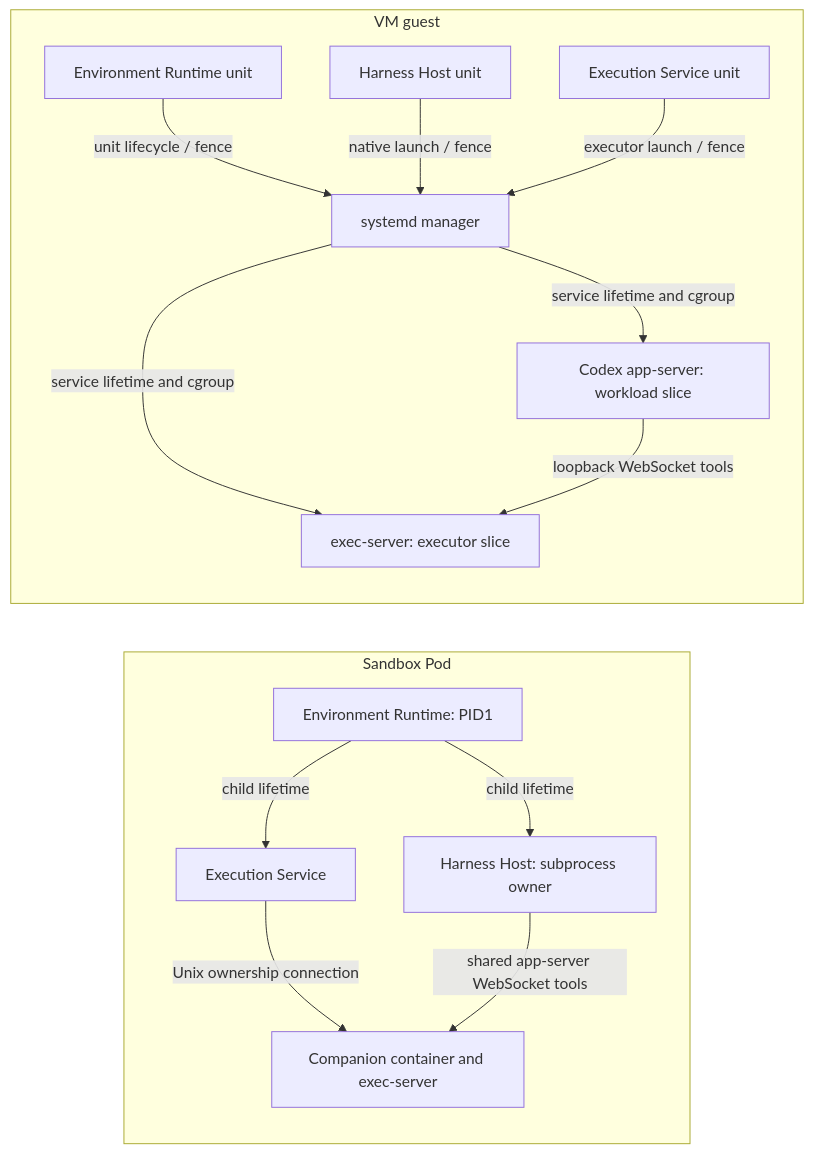
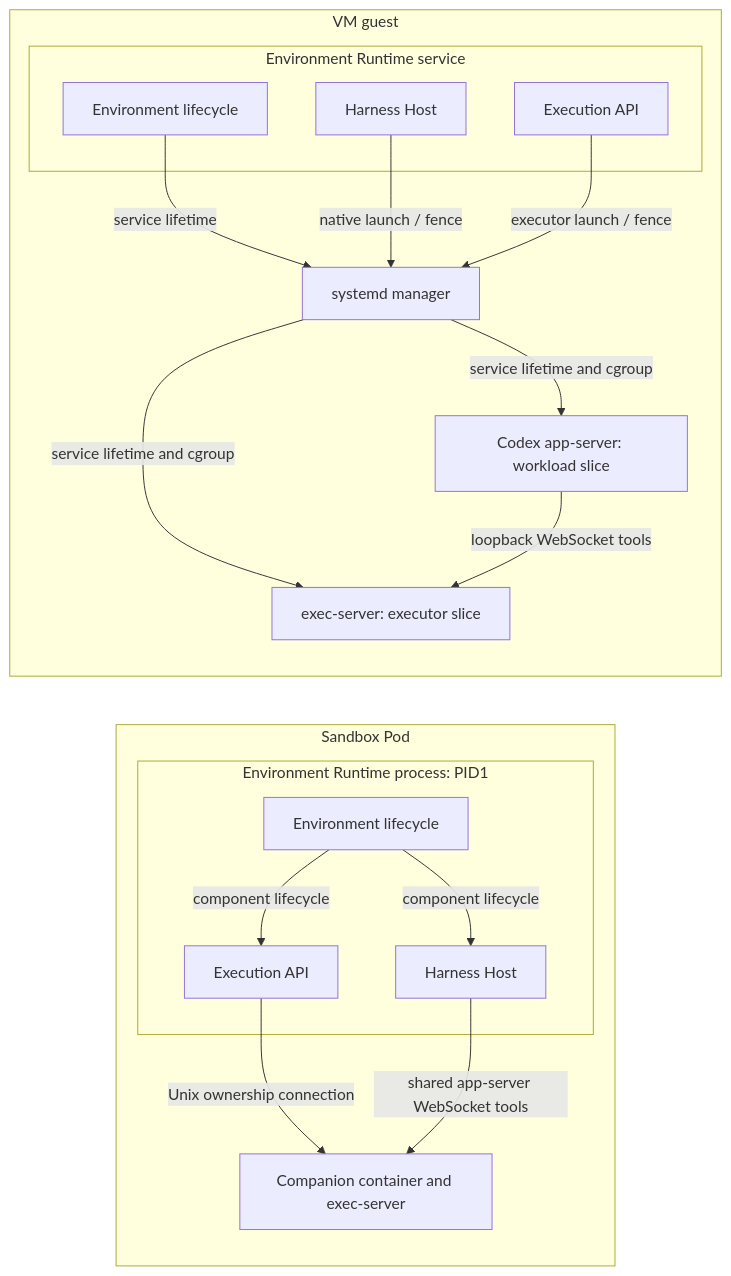
The fourth of 9 diagrams in agentplane/docs/system_overview.md (agentydragon/ducktape), drawn with Mermaid before and after one commit. The commit also changed other lines of this file and 1 other file, not shown here.

Commit message:
Describe combined environment management process

````diff
--- a/agentplane/docs/system_overview.md
+++ b/agentplane/docs/system_overview.md
@@ -133,27 +135,31 @@
 ```mermaid
 flowchart LR
     subgraph pod[Sandbox Pod]
-        runtime[Environment Runtime: PID1]
-        host[Harness Host: subprocess owner]
-        execution[Execution Service]
+        subgraph pod_runtime[Environment Runtime process: PID1]
+          runtime[Environment lifecycle]
+          host[Harness Host]
+          execution[Execution API]
+        end
         exec[Companion container and exec-server]
-        runtime -->|child lifetime| host
-        runtime -->|child lifetime| execution
+        runtime -->|component lifecycle| host
+        runtime -->|component lifecycle| execution
         execution -->|Unix ownership connection| exec
         host -->|shared app-server WebSocket tools| exec
     end
     subgraph vm[VM guest]
-        vmruntime[Environment Runtime unit]
-        vmhost[Harness Host unit]
-        vmexecution[Execution Service unit]
+        subgraph vm_runtime[Environment Runtime service]
+          vmruntime[Environment lifecycle]
+          vmhost[Harness Host]
+          vmexecution[Execution API]
+        end
         manager[systemd manager]
         harness[Codex app-server: workload slice]
         vmexec[exec-server: executor slice]
-        vmruntime -->|unit lifecycle / fence| manager
+        vmruntime -->|service lifetime| manager
         vmhost -->|native launch / fence| manager
         vmexecution -->|executor launch / fence| manager
         manager -->|service lifetime and cgroup| vmexec
         manager -->|service lifetime and cgroup| harness
         harness -->|loopback WebSocket tools| vmexec
     end
 ```
````
